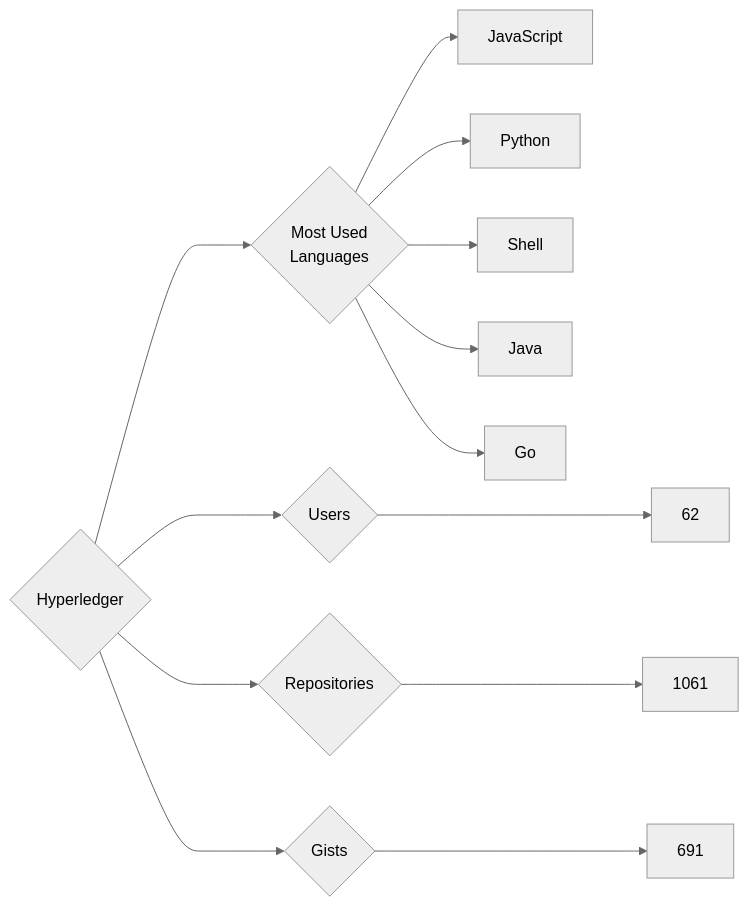
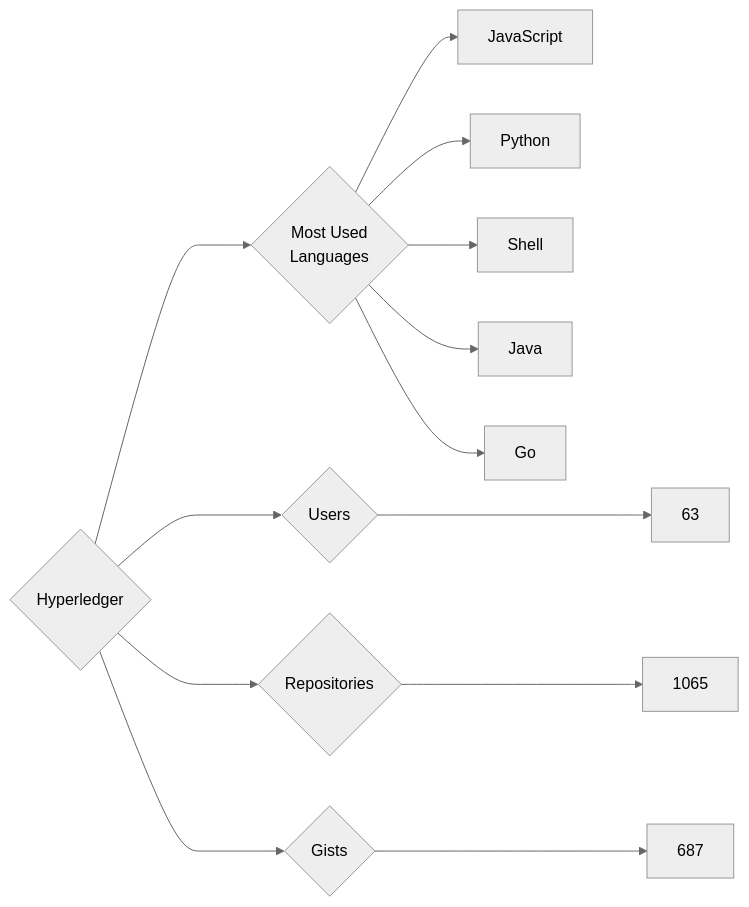
The diagram in targets/Hyperledger/README.md (trickest/insiders), drawn with Mermaid (neutral theme) before and after one commit. The commit also changed 745 other files, not shown here.

````diff
--- a/targets/Hyperledger/README.md
+++ b/targets/Hyperledger/README.md
@@ -3,13 +3,13 @@
 ```mermaid
 graph LR
 COMPANY_NAME{Hyperledger}
-COMPANY_NAME ---> U{Users} ---> UN[62]
-COMPANY_NAME ---> R{Repositories} ---> RN[1061]
-COMPANY_NAME ---> G{Gists} ---> GN[691]
+COMPANY_NAME ---> U{Users} ---> UN[63]
+COMPANY_NAME ---> R{Repositories} ---> RN[1065]
+COMPANY_NAME ---> G{Gists} ---> GN[687]
 COMPANY_NAME ---> ML{Most Used<br>Languages}
 ML --> JavaScript[JavaScript]
 ML --> Python[Python]
 ML --> Shell[Shell]
 ML --> Java[Java]
 ML --> Go[Go]
 ```
````
